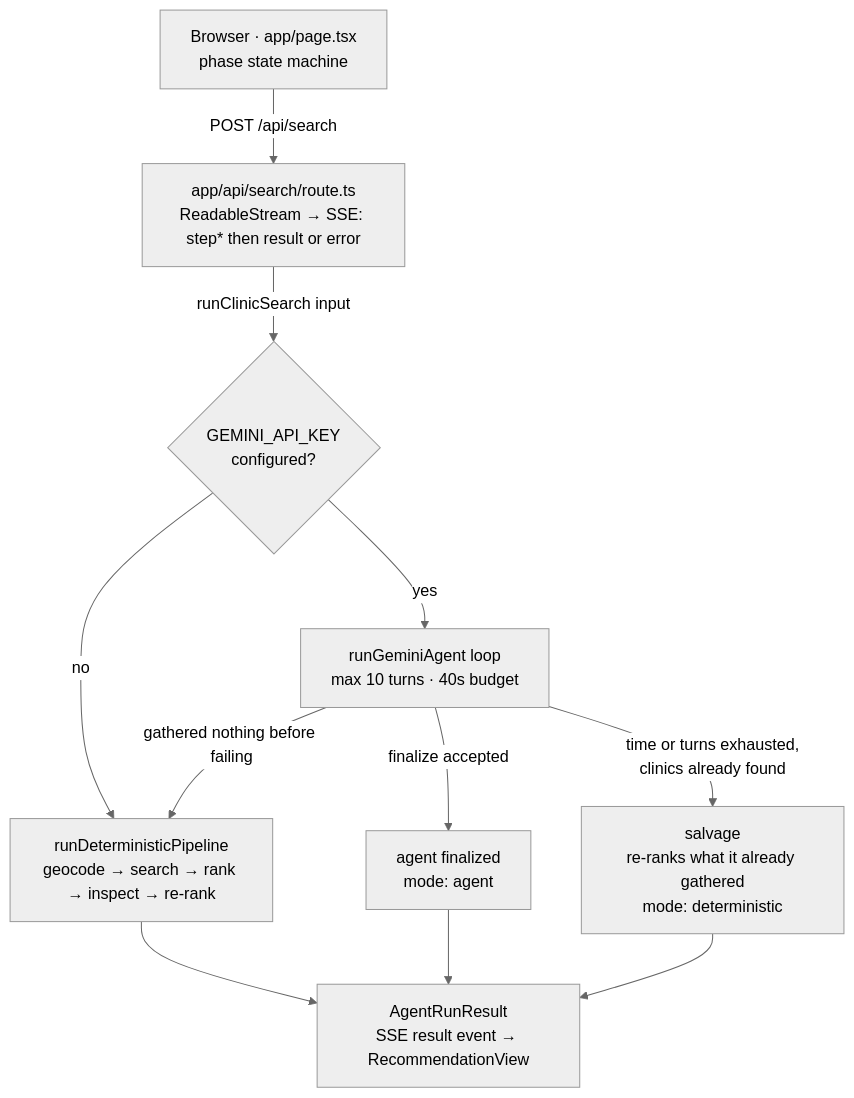
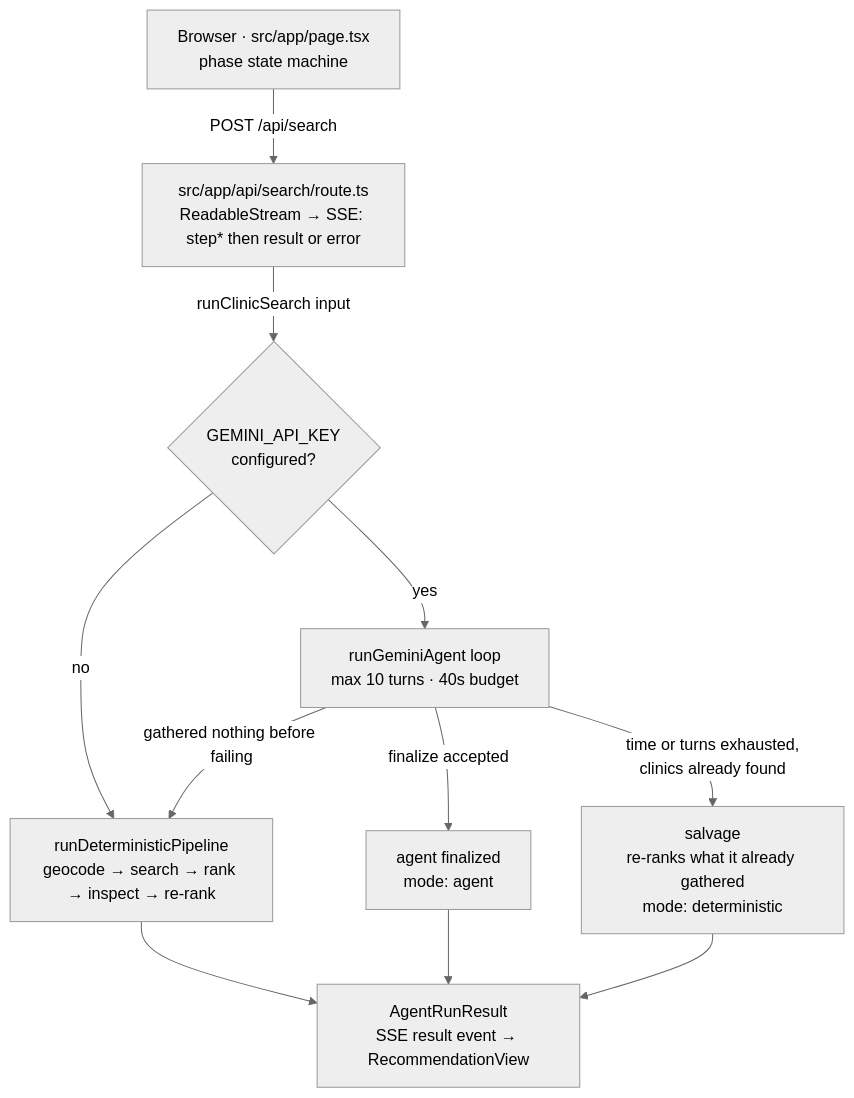
The first of 3 diagrams in ARCHITECTURE.md (manA-UPEI/ClinicScout), drawn with Mermaid (neutral theme) before and after one commit. The commit also changed other lines of this file and 2 other files, not shown here.

First line of the commit message:
Update ARCHITECTURE.md/INTERNALS.md paths; backfill doc comments

````diff
--- a/ARCHITECTURE.md
+++ b/ARCHITECTURE.md
@@ -19,22 +39,22 @@
 ```mermaid
 flowchart TD
-    B["Browser · app/page.tsx<br/>phase state machine"]
-    R["app/api/search/route.ts<br/>ReadableStream → SSE: step* then result or error"]
+    B["Browser · src/app/page.tsx<br/>phase state machine"]
+    R["src/app/api/search/route.ts<br/>ReadableStream → SSE: step* then result or error"]
     K{"GEMINI_API_KEY<br/>configured?"}
     A["runGeminiAgent loop<br/>max 10 turns · 40s budget"]
     D["runDeterministicPipeline<br/>geocode → search → rank → inspect → re-rank"]
     OA["agent finalized<br/>mode: agent"]
     OS["salvage<br/>re-ranks what it already gathered<br/>mode: deterministic"]
     RES["AgentRunResult<br/>SSE result event → RecommendationView"]
 
     B -->|"POST /api/search"| R
     R -->|"runClinicSearch input"| K
     K -->|no| D
     K -->|yes| A
     A -->|"finalize accepted"| OA
     A -->|"time or turns exhausted,<br/>clinics already found"| OS
     A -->|"gathered nothing before failing"| D
     D --> RES
     OA --> RES
     OS --> RES
 ```
````
